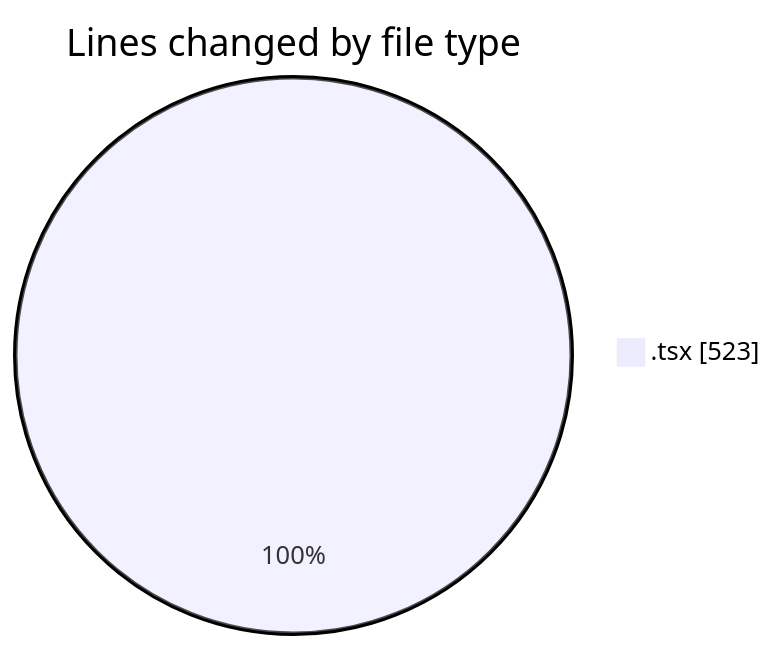
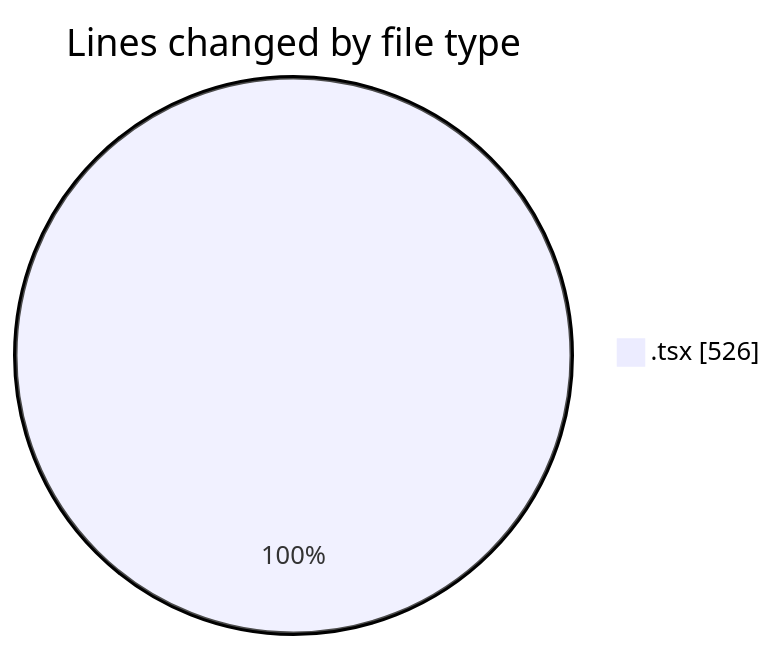
Before and after one commit to momahboobian/code-tracking: the first of 2 diagrams in 2025-02-12/cda/README.md, drawn with Mermaid. The commit also changed other lines of this file and 1 other file, not shown here.

````diff
--- a/2025-02-12/cda/README.md
+++ b/2025-02-12/cda/README.md
@@ -21,5 +21,5 @@
 ```mermaid
 pie showData
 title Lines changed by file type
-".tsx" : 523
+".tsx" : 526
 ```
````
